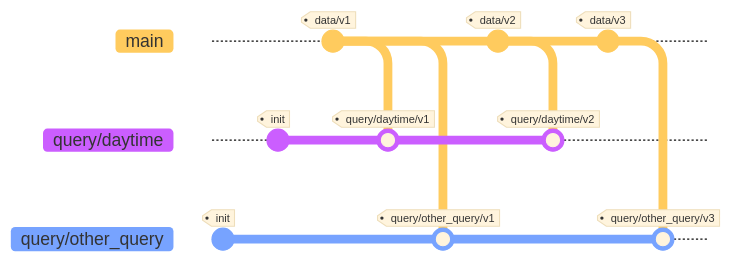
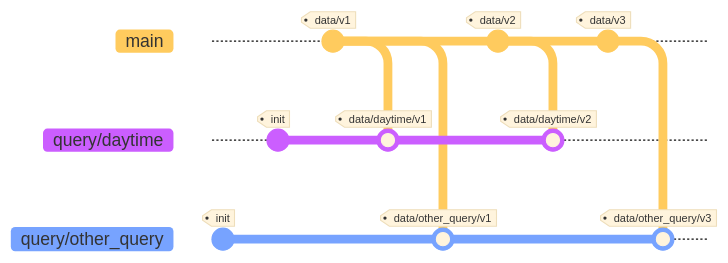
The diagram in README.md (Besi-Switzerland-AG/qdvc), drawn with Mermaid before and after one commit. Commit ids are hidden.

````diff
--- a/README.md
+++ b/README.md
@@ -59,23 +59,23 @@
 ```mermaid
 %%{init: { 'logLevel': 'debug', 'theme': 'base', 'gitGraph': {'showCommitLabel': false}} }%%
     gitGraph
        branch query/daytime
        branch query/other_query
        commit tag: "init"
        checkout query/daytime
        commit tag: "init"
        checkout main
        commit tag: "data/v1"
        checkout query/daytime
-       merge main tag: "query/daytime/v1"
+       merge main tag: "data/daytime/v1"
        checkout query/other_query
-       merge main tag: "query/other_query/v1"
+       merge main tag: "data/other_query/v1"
        checkout main
        commit tag: "data/v2"
        checkout query/daytime
-       merge main tag: "query/daytime/v2"
+       merge main tag: "data/daytime/v2"
        checkout main
        commit tag: "data/v3"
        checkout query/other_query
-       merge main tag: "query/other_query/v3"
+       merge main tag: "data/other_query/v3"
 ```
````
